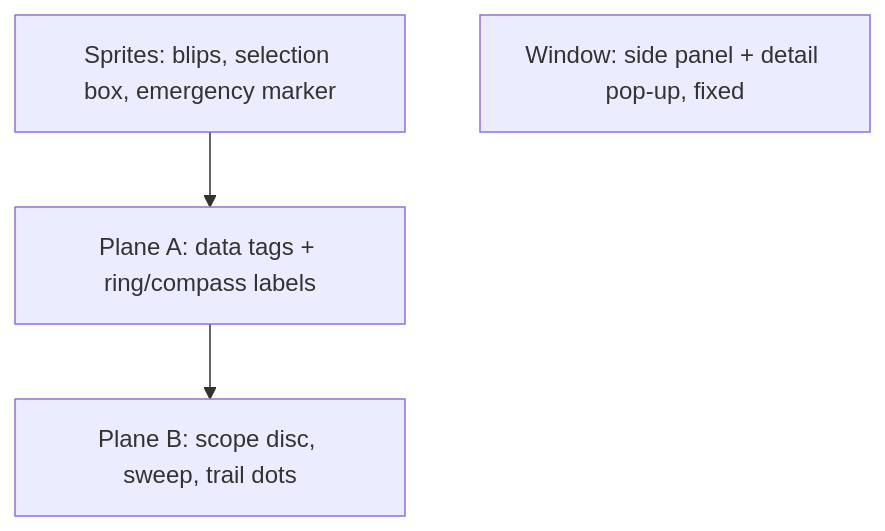
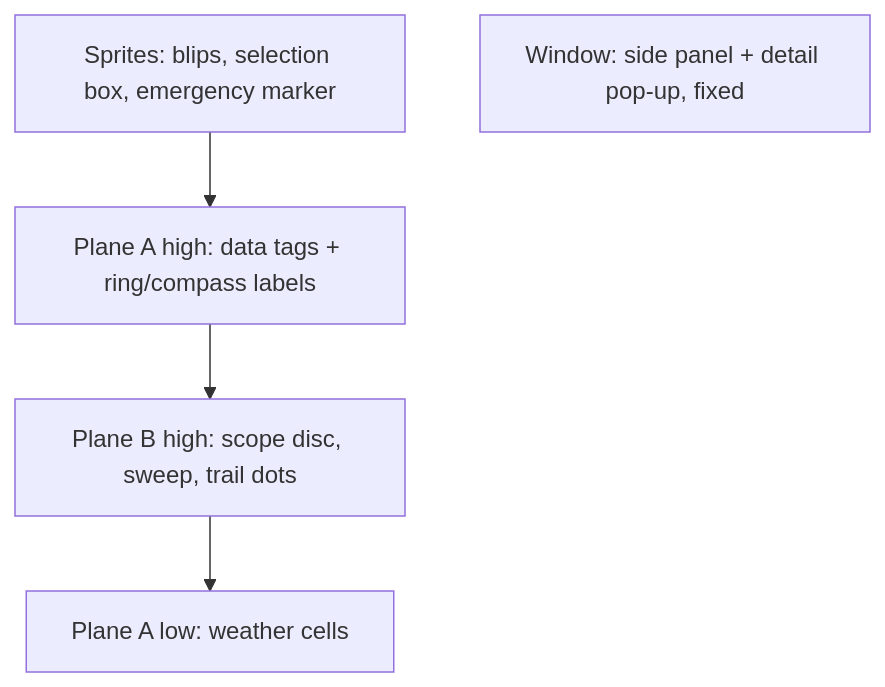
Before and after one commit to jfryman/mega-wifi-radar: the diagram in lode/ui/screen-layout.md, drawn with Mermaid. The commit also changed other lines of this file and 72 other files, not shown here.

First line of the commit message:
Weather overlay: NEXRAD rain as STARS-style stippled cells under the traffic

````diff
--- a/lode/ui/screen-layout.md
+++ b/lode/ui/screen-layout.md
@@ -75,7 +77,8 @@
 ```mermaid
 flowchart TB
   SP[Sprites: blips, selection box, emergency marker] --> A
-  A[Plane A: data tags + ring/compass labels] --> B
-  B[Plane B: scope disc, sweep, trail dots]
+  A[Plane A high: data tags + ring/compass labels] --> B
+  B[Plane B high: scope disc, sweep, trail dots] --> WX
+  WX[Plane A low: weather cells]
   W[Window: side panel + detail pop-up, fixed]
 ```
````
